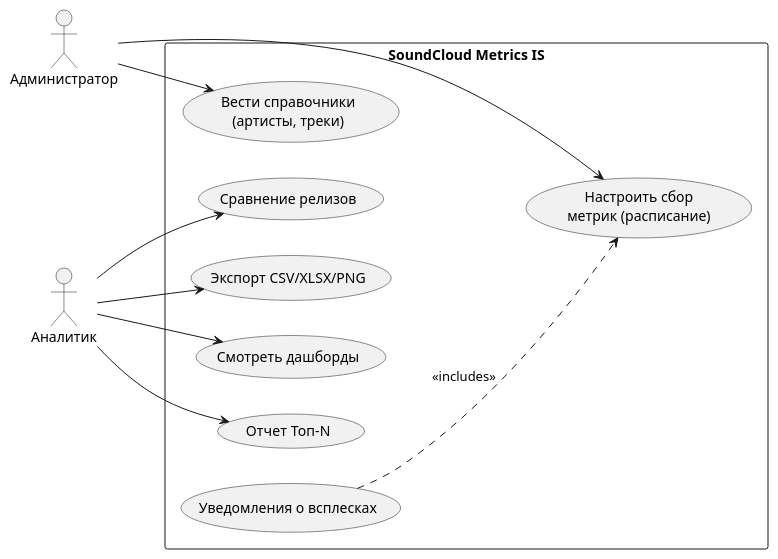
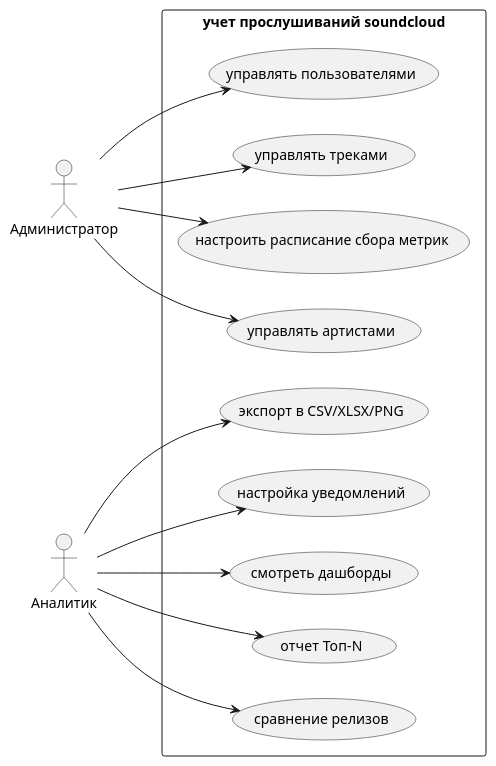
One commit to rom4ikahaha/y4et-soundclouda changed the diagram in docs/digrams/usecase.puml. Above: the diagram before and after it, drawn with PlantUML.

```diff
--- a/docs/digrams/usecase.puml
+++ b/docs/digrams/usecase.puml
@@ -1,41 +1,49 @@
 @startuml
-
 left to right direction
 
 actor "Администратор" as Admin
 
 actor "Аналитик" as Analyst
 
-rectangle "SoundCloud Metrics IS" {
+rectangle "учет прослушиваний soundcloud" {
 
-usecase "Вести справочники\n(артисты, треки)" as UC1
+usecase "управлять треками" as UC1
 
-usecase "Настроить сбор\nметрик (расписание)" as UC2
+usecase "настроить расписание сбора метрик " as UC2
 
-usecase "Смотреть дашборды" as UC3
+usecase "смотреть дашборды" as UC3
 
-usecase "Отчет Топ‑N" as UC4
+usecase "отчет Топ‑N" as UC4
 
-usecase "Сравнение релизов" as UC5
+usecase "сравнение релизов" as UC5
 
-usecase "Экспорт CSV/XLSX/PNG" as UC6
+usecase "экспорт в CSV/XLSX/PNG" as UC6
 
-usecase "Уведомления о всплесках" as UC7
+usecase "управлять артистами" as UC7
+
+usecase "управлять пользователями" as UC9
+
+usecase "настройка уведомлений" as UC8
 
 }
 
 Admin --> UC1
 
 Admin --> UC2
+
+Admin --> UC7
+
+Admin --> UC9
 
 Analyst --> UC3
 
 Analyst --> UC4
 
 Analyst --> UC5
 
 Analyst --> UC6
 
-UC7 ..> UC2 : <<includes>>
+Analyst --> UC8
+
 
 @enduml
```
